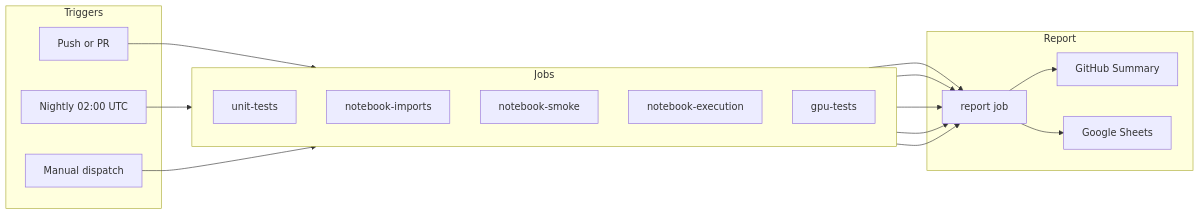
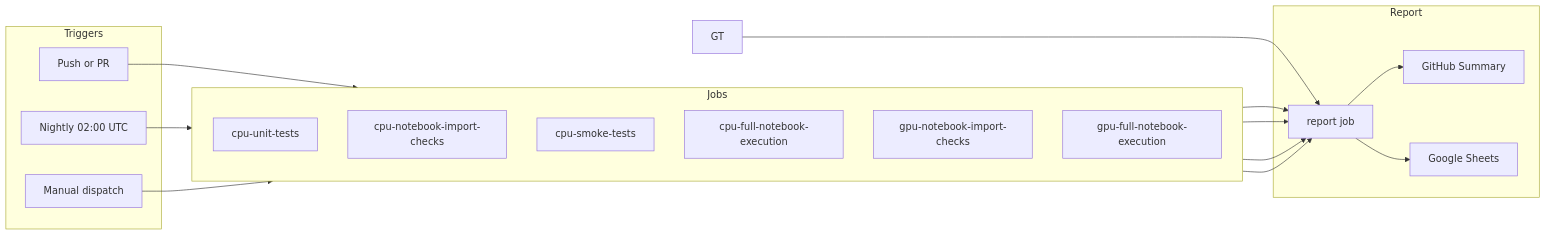
Before and after one commit to rexsimiloluwah/automated-rota-testing: the fifth of 5 diagrams in README.md, drawn with Mermaid. The commit also changed other lines of this file and 1 other file, not shown here.

Commit message:
chore: rename github actions workflow jobs for clarity

````diff
--- a/README.md
+++ b/README.md
@@ -126,33 +126,34 @@
 ```mermaid
 flowchart LR
     subgraph Triggers
         P[Push or PR]
         N[Nightly 02:00 UTC]
         M[Manual dispatch]
     end
 
     subgraph Jobs
         direction TB
-        UT[unit-tests]
-        NI[notebook-imports]
-        NS[notebook-smoke]
-        NE[notebook-execution]
-        GT[gpu-tests]
+        UT[cpu-unit-tests]
+        NI[cpu-notebook-import-checks]
+        NS[cpu-smoke-tests]
+        NE[cpu-full-notebook-execution]
+        GI[gpu-notebook-import-checks]
+        GE[gpu-full-notebook-execution]
     end
 
     subgraph Report
         R[report job]
         R --> SM[GitHub Summary]
         R --> SH[Google Sheets]
     end
 
     P --> Jobs
     N --> Jobs
     M --> Jobs
 
     UT --> R
     NI --> R
     NS --> R
     NE --> R
     GT --> R
 ```
````
